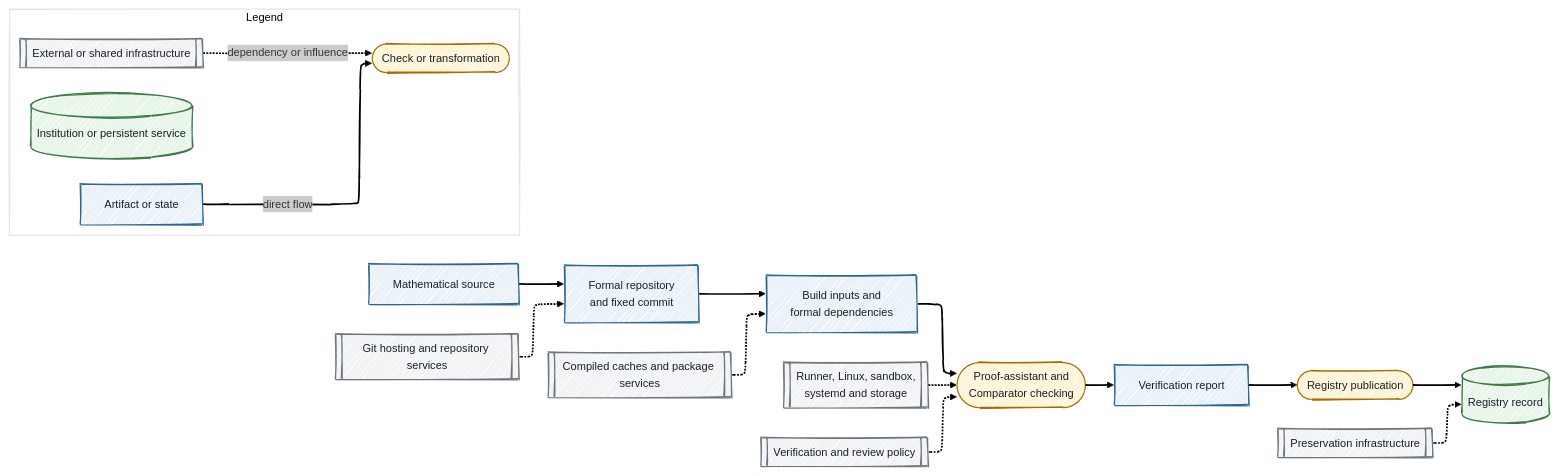
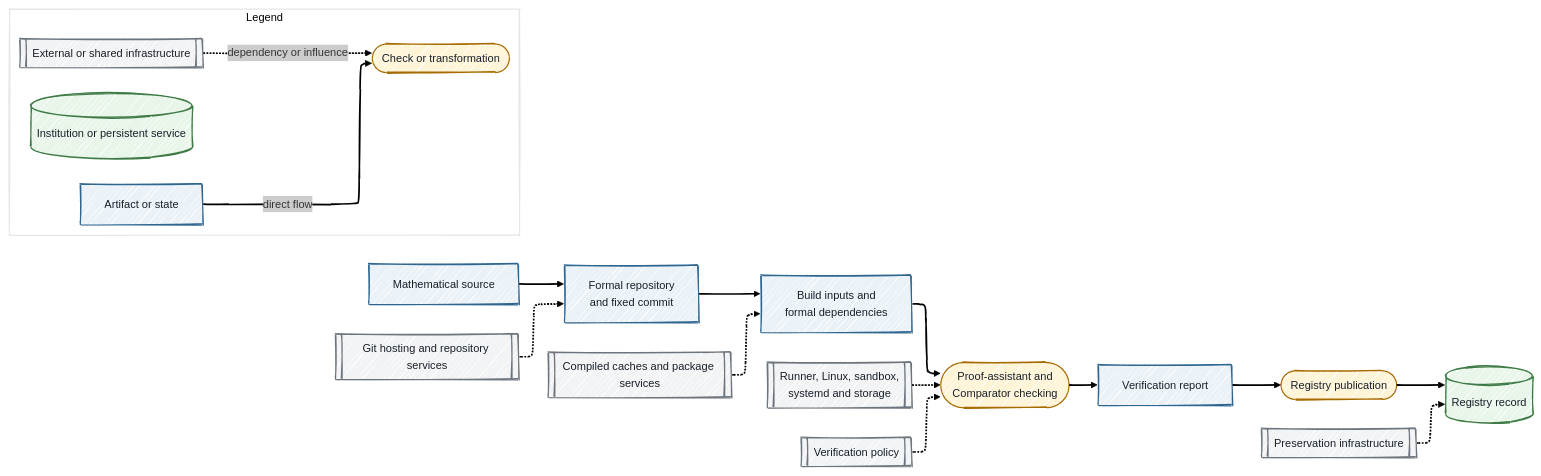
One commit to antomon/antomon.github.io changed the ninth of 11 diagrams in posts/after-proof-abundance-palomar-and-the-new-infrastructure-of-mathematical-trust/index.qmd. Above: the diagram before and after it, drawn with Mermaid. The commit also changed other lines of this file and 54 other files, not shown here.

````diff
--- a/posts/after-proof-abundance-palomar-and-the-new-infrastructure-of-mathematical-trust/index.qmd
+++ b/posts/after-proof-abundance-palomar-and-the-new-infrastructure-of-mathematical-trust/index.qmd
@@ -633,31 +632,31 @@
 ```{mermaid}
 %%| label: fig-after-proof-abundance-palomar-and-the-new-infrastructure-of-mathematical-trust-supply-chain
 %%| fig-cap: 'A registered mathematical artifact depends on a chain of formal, operational, archival, and institutional infrastructure.'
 %%| fig-alt: 'A mathematical source becomes a formal repository, which depends on libraries and build inputs, then passes through proof-assistant checking, export and comparison, sandboxed runner execution, verification reporting, registry storage, and public records. Git hosting, compiled caches, operating systems, policies, and preservation services enter as external dependencies at different stages. A legend identifies diagram conventions.'
 %%| fig-align: center
 %%{init: {"theme": "neo", "look": "handDrawn", "layout": "elk"}}%%
 flowchart LR
     MS[Mathematical source]:::artifact --> FR[Formal repository<br/>and fixed commit]:::artifact
     FR --> BI[Build inputs and<br/>formal dependencies]:::artifact
     BI --> VC([Proof-assistant and<br/>Comparator checking]):::process
     VC --> VR[Verification report]:::artifact
     VR --> RP([Registry publication]):::process
     RP --> REG[(Registry record)]:::institution
 
     GH[[Git hosting and repository services]]:::external -.-> FR
     CA[[Compiled caches and package services]]:::external -.-> BI
     OS[[Runner, Linux, sandbox,<br/>systemd and storage]]:::external -.-> VC
-    POL[[Verification and review policy]]:::external -.-> VC
+    POL[[Verification policy]]:::external -.-> VC
     ARC[[Preservation infrastructure]]:::external -.-> REG
 
     subgraph LEG[Legend]
         LA[Artifact or state]:::artifact -->|direct flow| LP([Check or transformation]):::process
         LI[(Institution or persistent service)]:::institution
         LX[[External or shared infrastructure]]:::external -.->|dependency or influence| LP
     end
 
     classDef artifact fill:#EAF2F8,stroke:#2F6690,color:#17202A,stroke-width:1.5px
     classDef process fill:#FFF4D6,stroke:#A66A00,color:#17202A,stroke-width:1.5px
     classDef institution fill:#E8F5E9,stroke:#3D7A45,color:#17202A,stroke-width:1.5px
     classDef external fill:#F2F3F4,stroke:#6C757D,color:#17202A,stroke-width:1.5px
 ```
````
